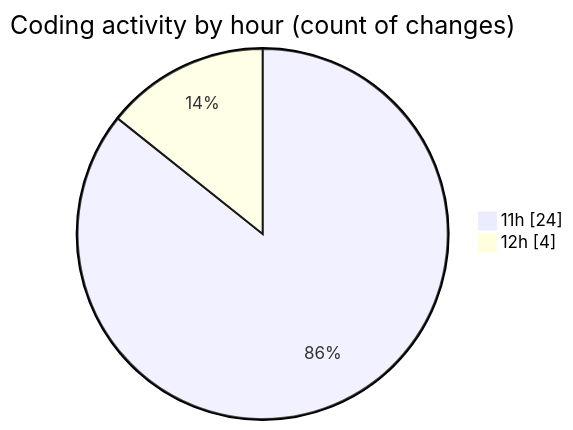
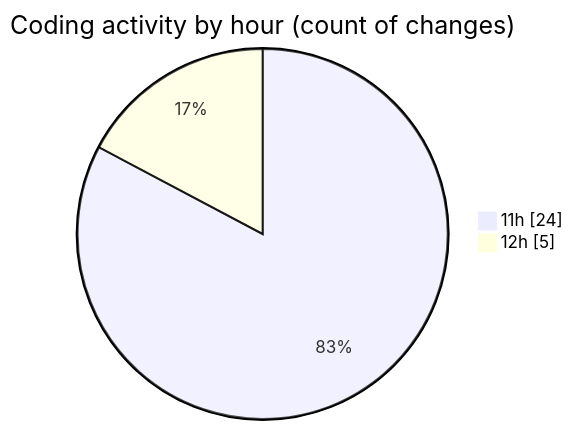
The second of 2 diagrams in 2025-07-21/shop/README.md (vahidmafi/code-tracking), drawn with Mermaid before and after one commit. The commit also changed other lines of this file and 1 other file, not shown here.

````diff
--- a/2025-07-21/shop/README.md
+++ b/2025-07-21/shop/README.md
@@ -30,6 +30,6 @@
 ```mermaid
 pie showData
 title Coding activity by hour (count of changes)
 "11h" : 24
-"12h" : 4
+"12h" : 5
 ```
````
